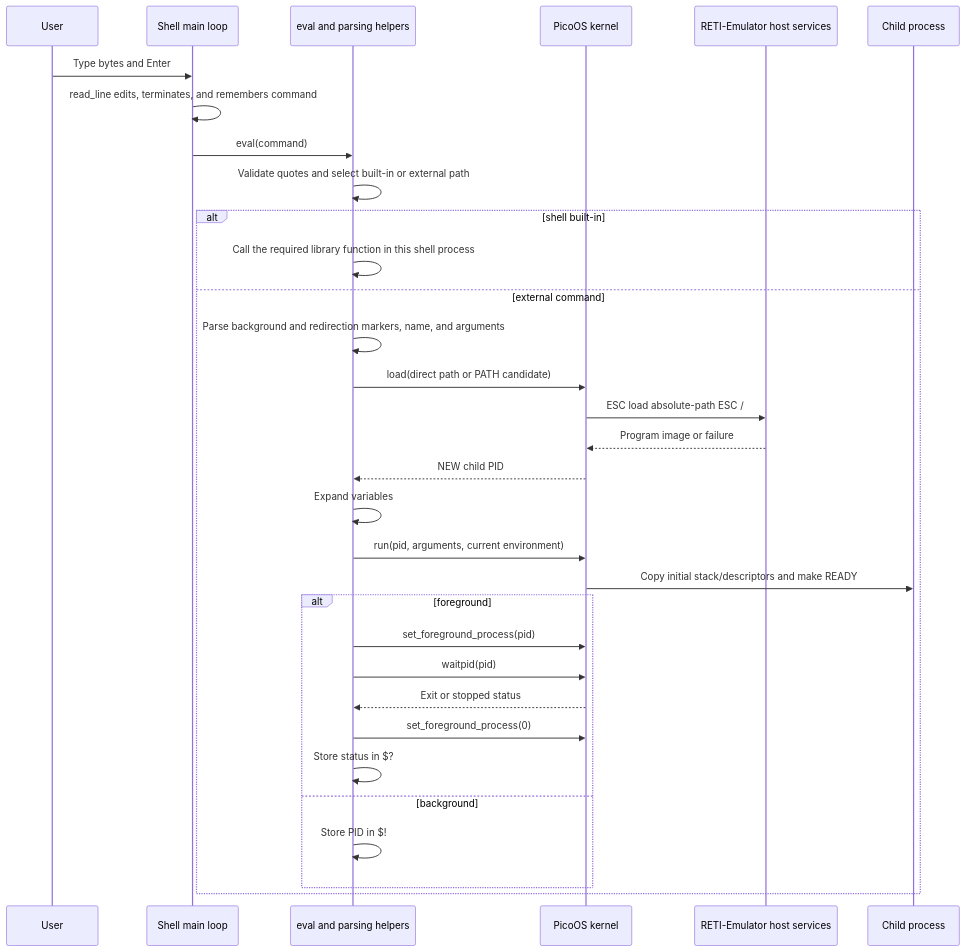
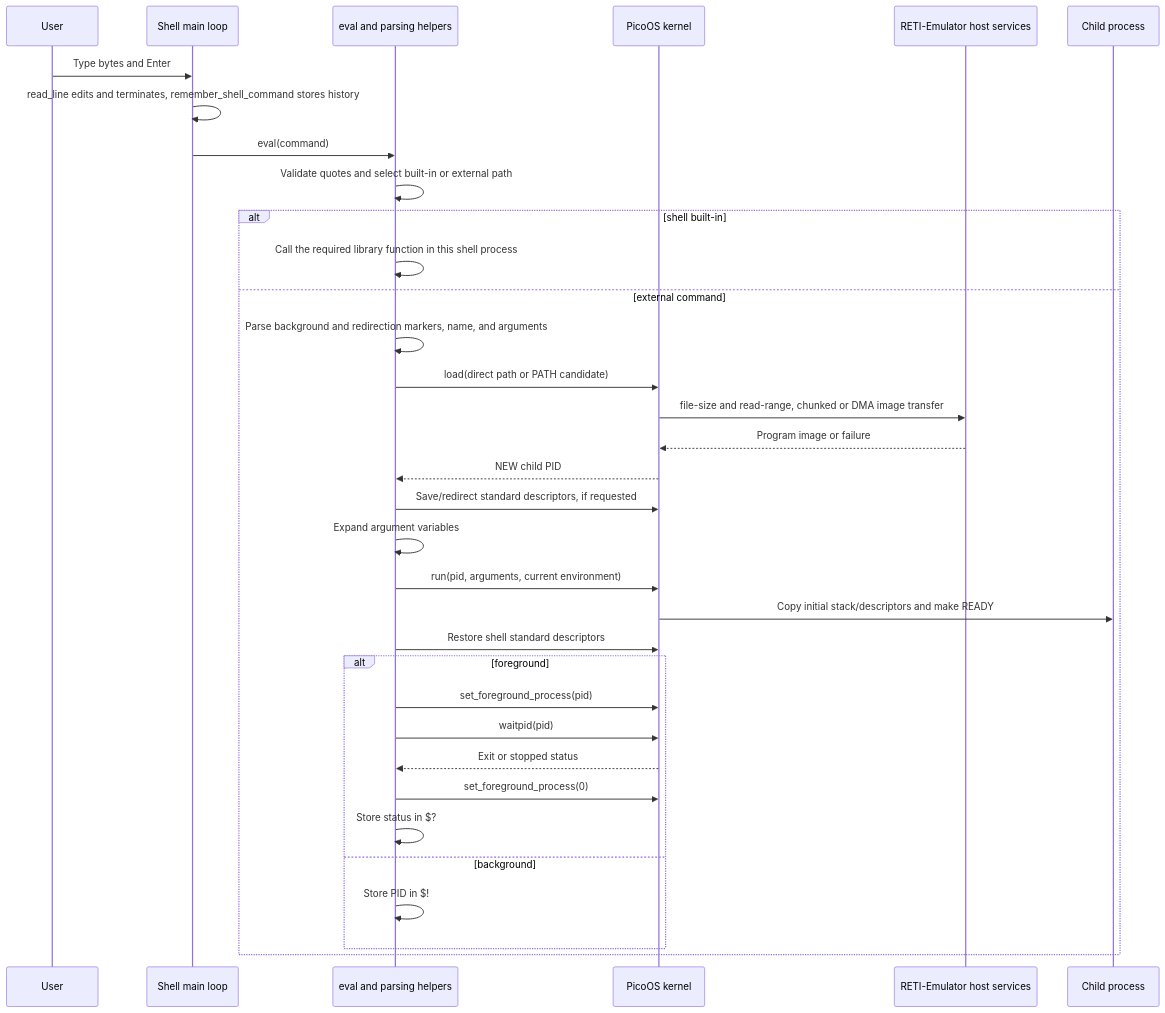
Before and after one commit to matthejue/Pico-OS: diagram 25 of 30 in README.md, drawn with Mermaid. The commit also changed other lines of this file, not shown here.

Commit message:
updated README with clearer explanations, diagrams, and source links

````diff
--- a/README.md
+++ b/README.md
@@ -3327,35 +3752,37 @@
 ```mermaid
 sequenceDiagram
     participant U as User
     participant M as Shell main loop
     participant E as eval and parsing helpers
     participant K as PicoOS kernel
     participant H as RETI-Emulator host services
     participant C as Child process
 
     U->>M: Type bytes and Enter
-    M->>M: read_line edits, terminates, and remembers command
+    M->>M: read_line edits and terminates, remember_shell_command stores history
     M->>E: eval(command)
     E->>E: Validate quotes and select built-in or external path
     alt shell built-in
         E->>E: Call the required library function in this shell process
     else external command
         E->>E: Parse background and redirection markers, name, and arguments
         E->>K: load(direct path or PATH candidate)
-        K->>H: ESC load absolute-path ESC /
+        K->>H: file-size and read-range, chunked or DMA image transfer
         H-->>K: Program image or failure
         K-->>E: NEW child PID
-        E->>E: Expand variables
+        E->>K: Save/redirect standard descriptors, if requested
+        E->>E: Expand argument variables
         E->>K: run(pid, arguments, current environment)
         K->>C: Copy initial stack/descriptors and make READY
+        E->>K: Restore shell standard descriptors
         alt foreground
             E->>K: set_foreground_process(pid)
             E->>K: waitpid(pid)
             K-->>E: Exit or stopped status
             E->>K: set_foreground_process(0)
             E->>E: Store status in $?
         else background
             E->>E: Store PID in $!
         end
     end
 ```
````
